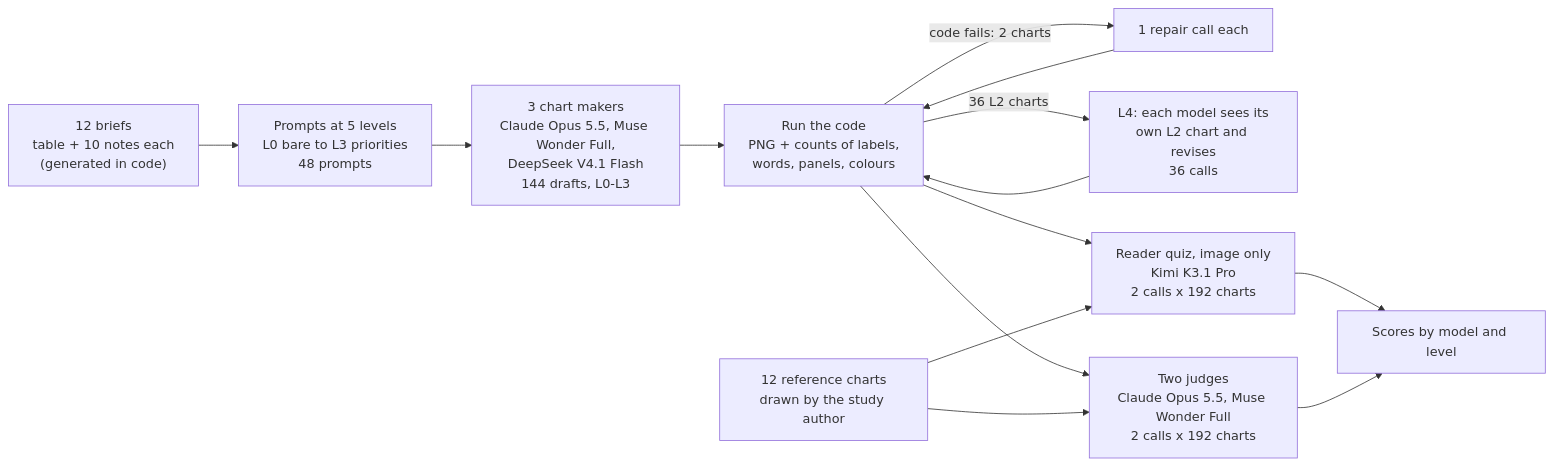
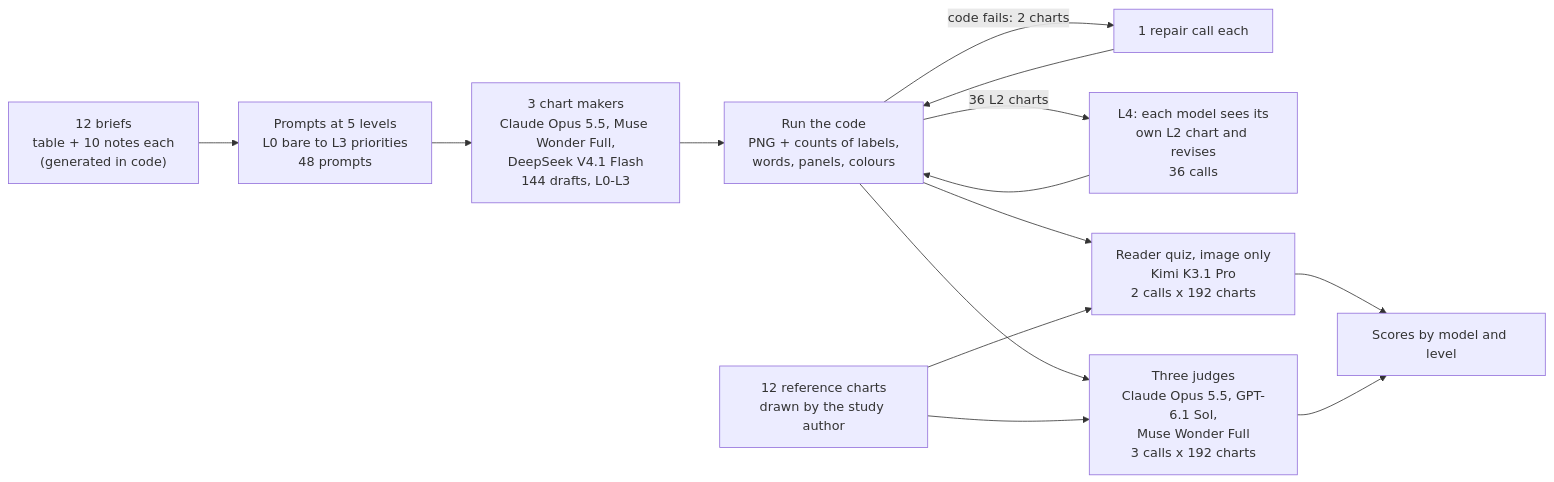
One commit to k-sandhu/experiment-notebooks changed the first of 2 diagrams in notebooks/44-chart-overload/README.md. Above: the diagram before and after it, drawn with Mermaid. The commit also changed other lines of this file and 10 other files, not shown here.

First line of the commit message:
Notebook 44: add GPT-6.1 Sol as a third judge

````diff
--- a/notebooks/44-chart-overload/README.md
+++ b/notebooks/44-chart-overload/README.md
@@ -152,16 +153,16 @@
 ```mermaid
 flowchart LR
     A["12 briefs<br/>table + 10 notes each<br/>(generated in code)"] --> B["Prompts at 5 levels<br/>L0 bare to L3 priorities<br/>48 prompts"]
     B --> C["3 chart makers<br/>Claude Opus 5.5, Muse Wonder Full,<br/>DeepSeek V4.1 Flash<br/>144 drafts, L0-L3"]
     C --> D["Run the code<br/>PNG + counts of labels,<br/>words, panels, colours"]
     D -->|"code fails: 2 charts"| R["1 repair call each"]
     R --> D
     D -->|"36 L2 charts"| E["L4: each model sees its<br/>own L2 chart and revises<br/>36 calls"]
     E --> D
     D --> F["Reader quiz, image only<br/>Kimi K3.1 Pro<br/>2 calls x 192 charts"]
-    D --> G["Two judges<br/>Claude Opus 5.5, Muse Wonder Full<br/>2 calls x 192 charts"]
+    D --> G["Three judges<br/>Claude Opus 5.5, GPT-6.1 Sol,<br/>Muse Wonder Full<br/>3 calls x 192 charts"]
     H["12 reference charts<br/>drawn by the study author"] --> F
     H --> G
     F --> S["Scores by model and level"]
     G --> S
 ```
````
